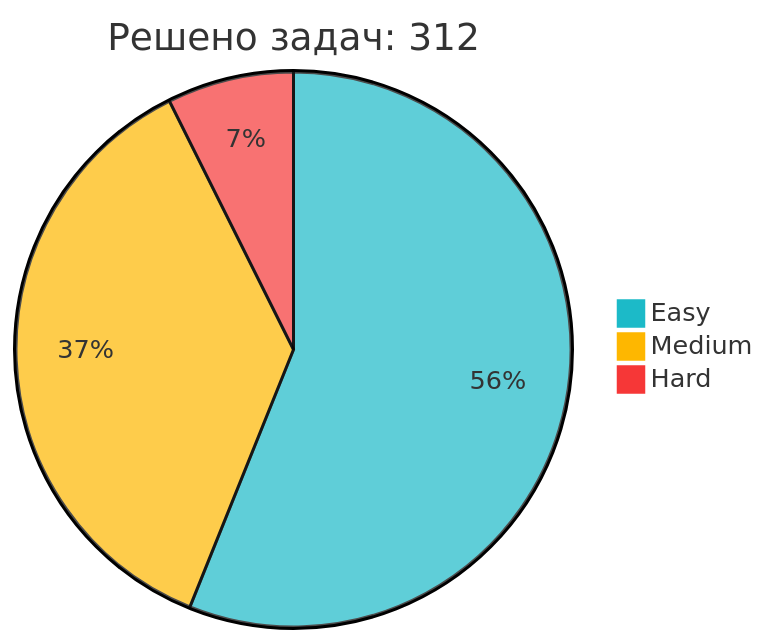
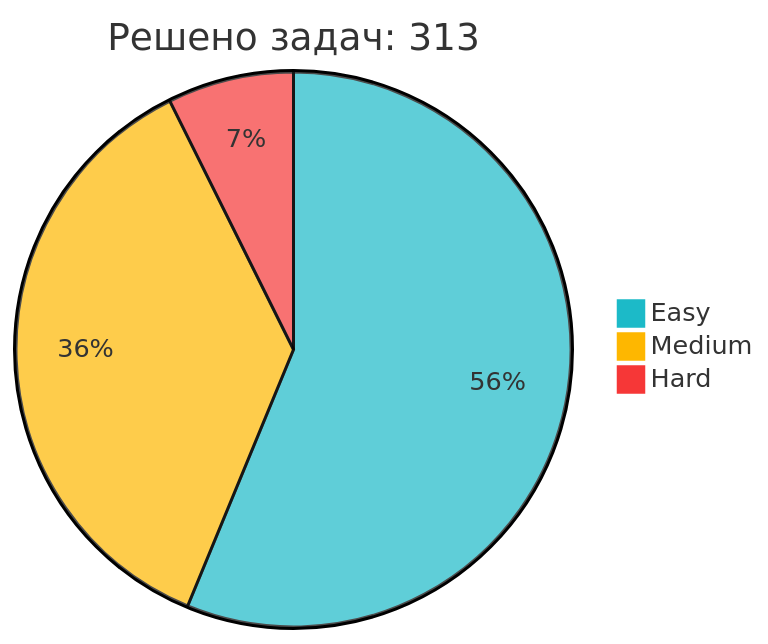
The diagram in README.md (IliaKurdukov/IliaKurdukov), drawn with Mermaid before and after one commit. The commit also changed other lines of this file, not shown here.

Commit message:
📈 Обновление статистики LeetCode

````diff
--- a/README.md
+++ b/README.md
@@ -51,7 +51,7 @@
 ```mermaid
 %%{init: {'theme': 'base', 'themeVariables': { 'pie1': '#1CBAC8', 'pie2': '#FEB700', 'pie3': '#F63737' }, 'config': {'width': 300, 'height': 200}}}%%
-pie title Решено задач: 312
-   "Easy" : 175
+pie title Решено задач: 313
+   "Easy" : 176
    "Medium" : 114
    "Hard" : 23
 ```
````
